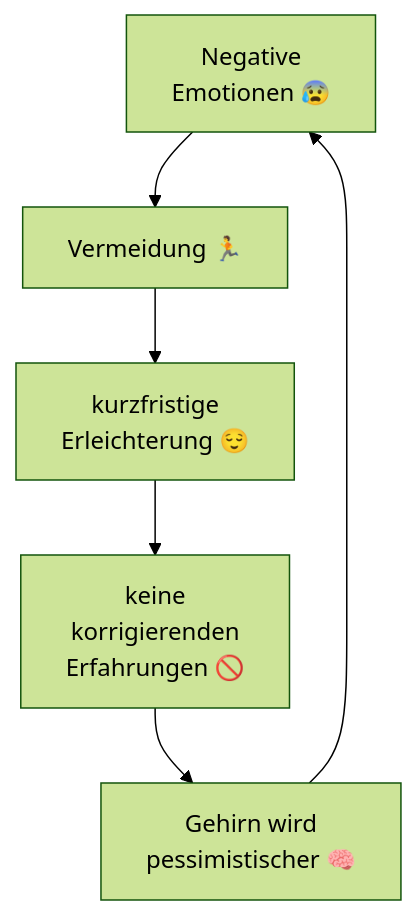
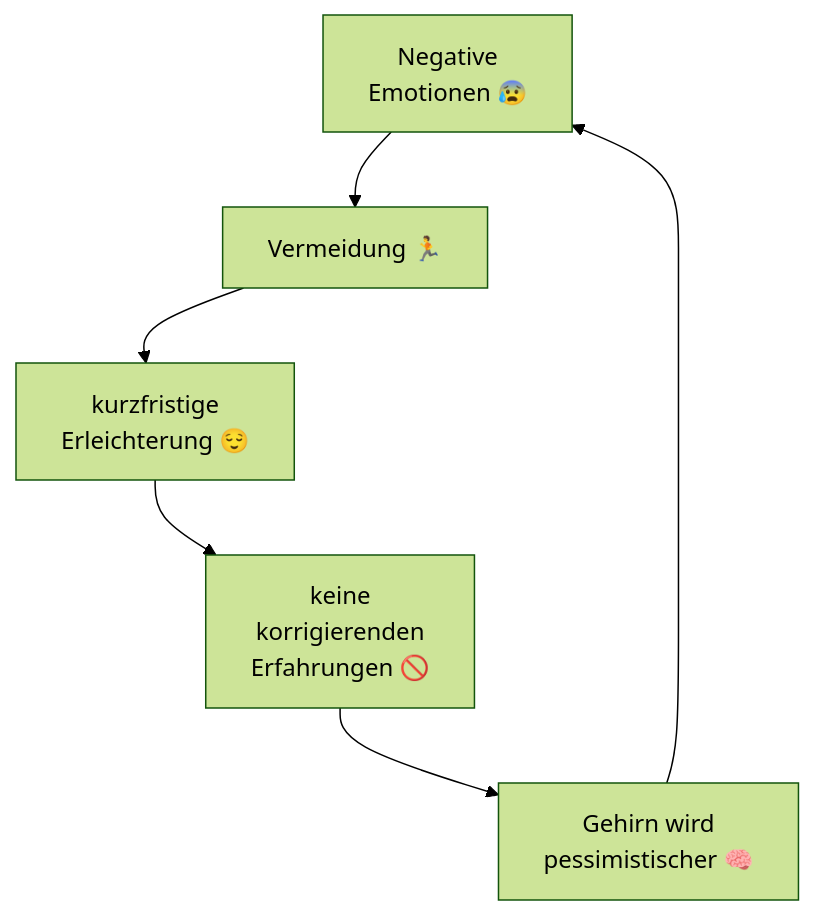
Before and after one commit to lueck1803/interia-PT: the second of 2 diagrams in inertia PT/General/Therapie.md, drawn with Mermaid (forest theme).

Commit message:
vault backup: 2026-03-13 21:42:11

````diff
--- a/inertia PT/General/Therapie.md
+++ b/inertia PT/General/Therapie.md
@@ -507,12 +507,16 @@
 ```mermaid
 flowchart TB
 %% flowchart LR
 A[Negative <br> Emotionen 😰]
 B[Vermeidung 🏃]
 C[kurzfristige <br> Erleichterung 😌]
 D[keine <br> korrigierenden <br> Erfahrungen 🚫]
 E[Gehirn wird <br> pessimistischer 🧠]
 
 A-->B-->C-->D-->E-->A
-	
+
+B~~~E
+
+A~~~C
+A~~~D
 ```
````
